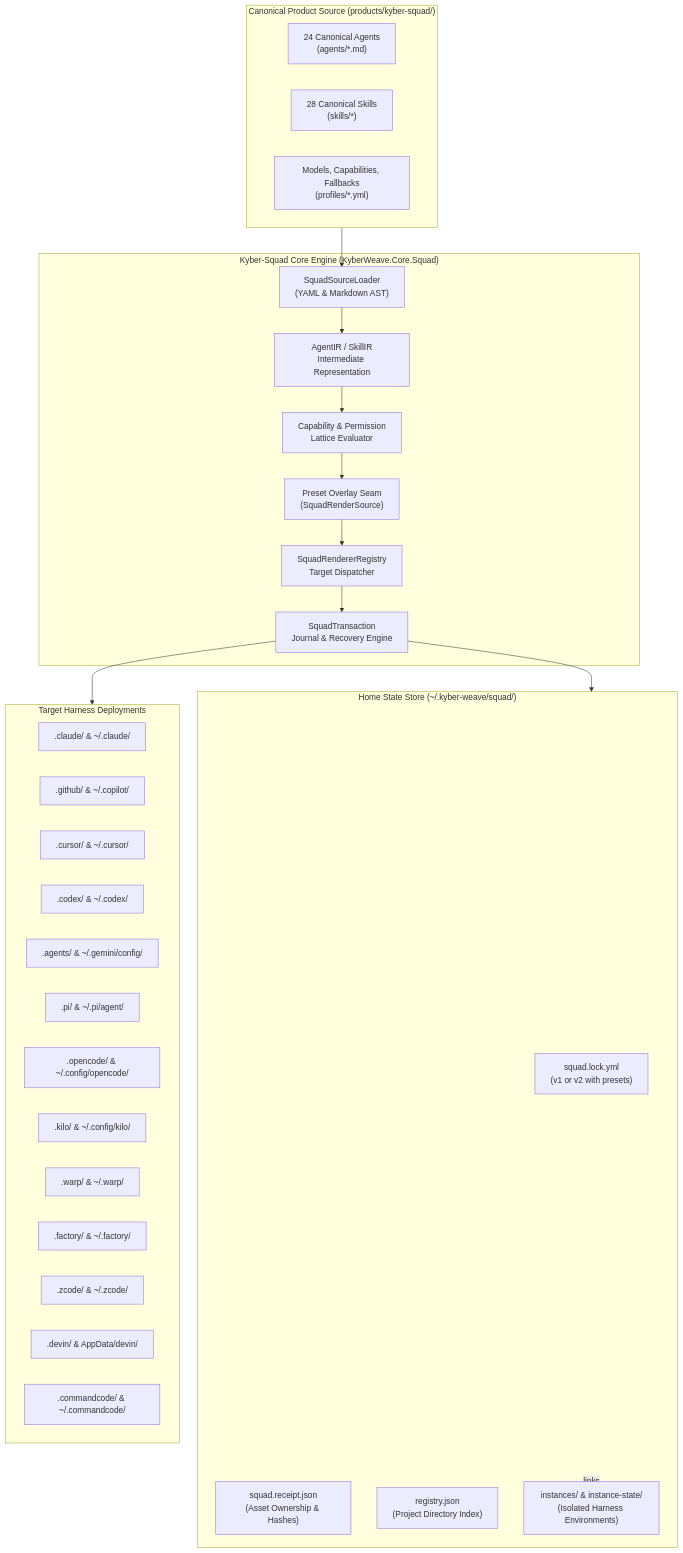
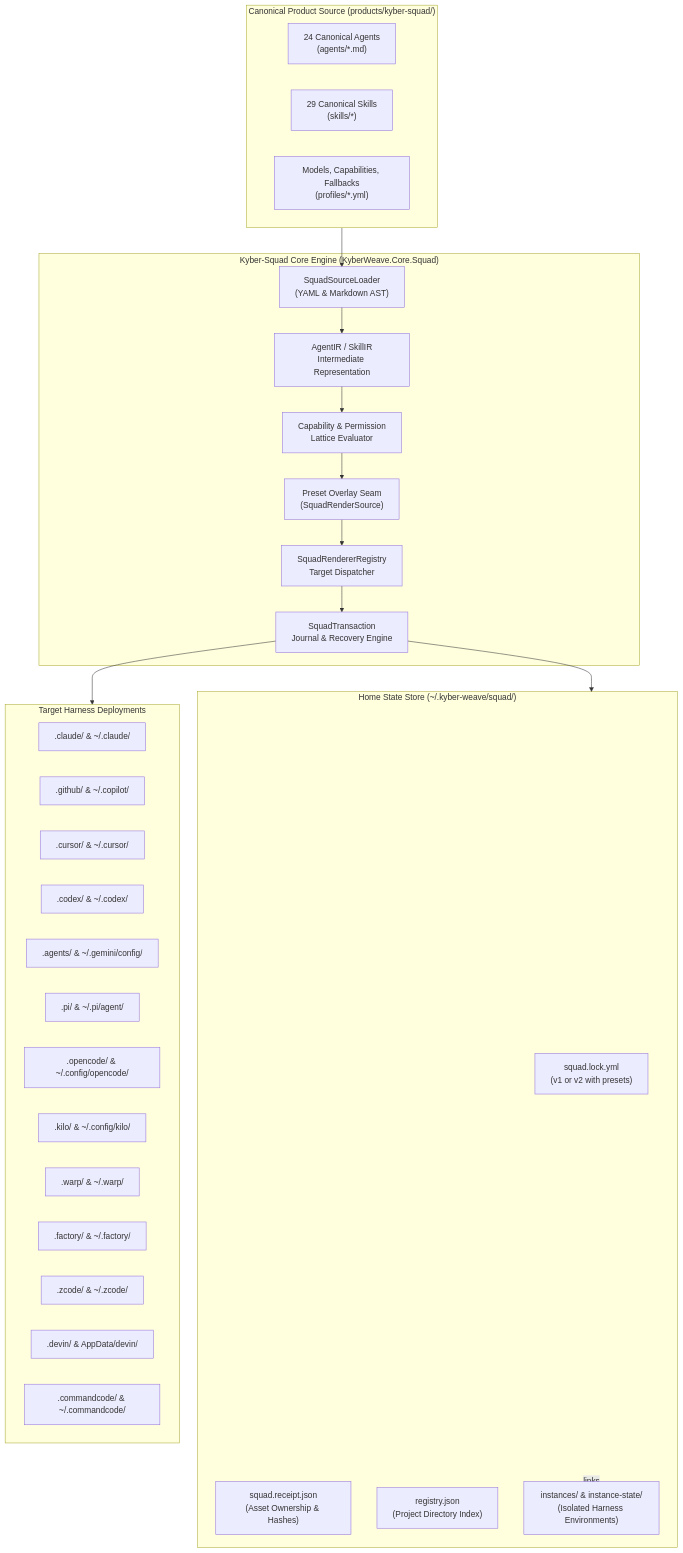
One commit to dpalfery/kyber-weave changed the first of 5 diagrams in docs/kyber-squad/architecture.md. Above: the diagram before and after it, drawn with Mermaid. The commit also changed other lines of this file and 45 other files, not shown here.

````diff
--- a/docs/kyber-squad/architecture.md
+++ b/docs/kyber-squad/architecture.md
@@ -82,50 +84,50 @@
 ```mermaid
 flowchart TD
     subgraph CanonicalSource["Canonical Product Source (products/kyber-squad/)"]
         Agents["24 Canonical Agents\n(agents/*.md)"]
-        Skills["28 Canonical Skills\n(skills/*)"]
+        Skills["29 Canonical Skills\n(skills/*)"]
         Profiles["Models, Capabilities, Fallbacks\n(profiles/*.yml)"]
     end
 
     subgraph CoreEngine["Kyber-Squad Core Engine (KyberWeave.Core.Squad)"]
         Parser["SquadSourceLoader\n(YAML & Markdown AST)"]
         IR["AgentIR / SkillIR\nIntermediate Representation"]
         Lattice["Capability & Permission\nLattice Evaluator"]
         Overlay["Preset Overlay Seam\n(SquadRenderSource)"]
         Registry["SquadRendererRegistry\nTarget Dispatcher"]
         TxEngine["SquadTransaction\nJournal & Recovery Engine"]
     end
 
     subgraph StateAndStorage["Home State Store (~/.kyber-weave/squad/)"]
         Lock["squad.lock.yml\n(v1 or v2 with presets)"]
         Receipt["squad.receipt.json\n(Asset Ownership & Hashes)"]
         ProjectReg["registry.json\n(Project Directory Index)"]
         Instances["instances/ & instance-state/\n(Isolated Harness Environments)"]
     end
 
     subgraph Targets["Target Harness Deployments"]
         Claude[".claude/ & ~/.claude/"]
         Copilot[".github/ & ~/.copilot/"]
         Cursor[".cursor/ & ~/.cursor/"]
         Codex[".codex/ & ~/.codex/"]
         Antigravity[".agents/ & ~/.gemini/config/"]
         Pi[".pi/ & ~/.pi/agent/"]
         OpenCode[".opencode/ & ~/.config/opencode/"]
         Kilo[".kilo/ & ~/.config/kilo/"]
         Warp[".warp/ & ~/.warp/"]
         Factory[".factory/ & ~/.factory/"]
         ZCode[".zcode/ & ~/.zcode/"]
         Devin[".devin/ & AppData/devin/"]
         CommandCode[".commandcode/ & ~/.commandcode/"]
     end
 
     CanonicalSource --> Parser
     Parser --> IR
     IR --> Lattice
     Lattice --> Overlay
     Overlay --> Registry
     Registry --> TxEngine
     TxEngine --> StateAndStorage
     TxEngine --> Targets
     StateAndStorage -. links .-> Instances
 ```
````
